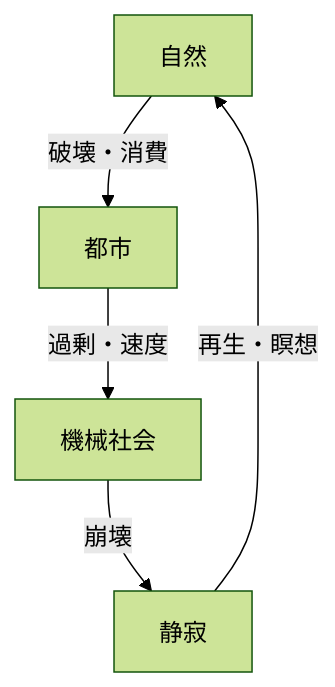
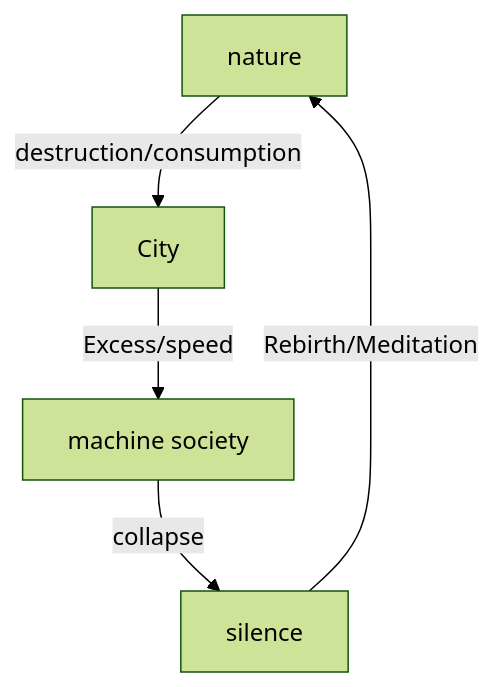
The second of 2 diagrams in en/_posts/2025-11-13-column-koyaanisqatsi.md (monumental-movement/monumental-movement.github.io), drawn with Mermaid (forest theme) before and after one commit. The commit also changed 152 other files, not shown here.

```diff
--- a/en/_posts/2025-11-13-column-koyaanisqatsi.md
+++ b/en/_posts/2025-11-13-column-koyaanisqatsi.md
@@ -148,9 +148,9 @@
 <div class="mermaid">
 
 graph TD
-A[自然] -->|破壊・消費| B[都市]
-B -->|過剰・速度| C[機械社会]
-C -->|崩壊| D[静寂]
-D -->|再生・瞑想| A
+A[nature] -->|destruction/consumption| B[City]
+B -->|Excess/speed| C[machine society]
+C -->|collapse| D[silence]
+D -->|Rebirth/Meditation| A
 
 </div>
```
